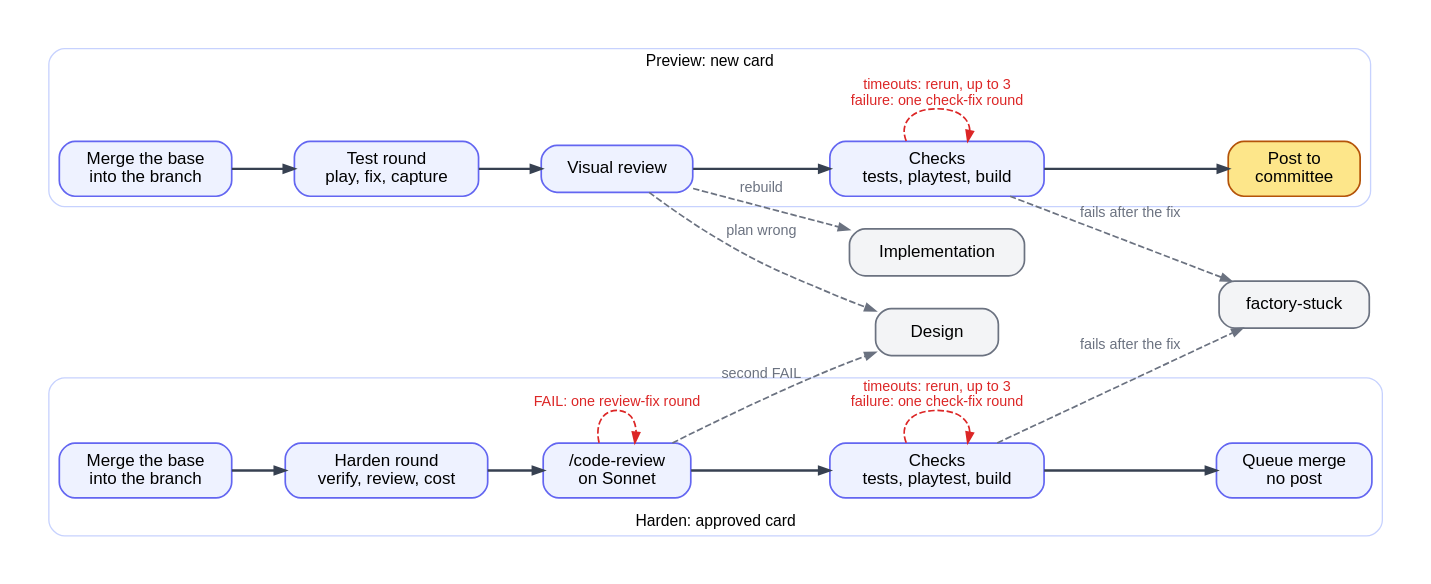
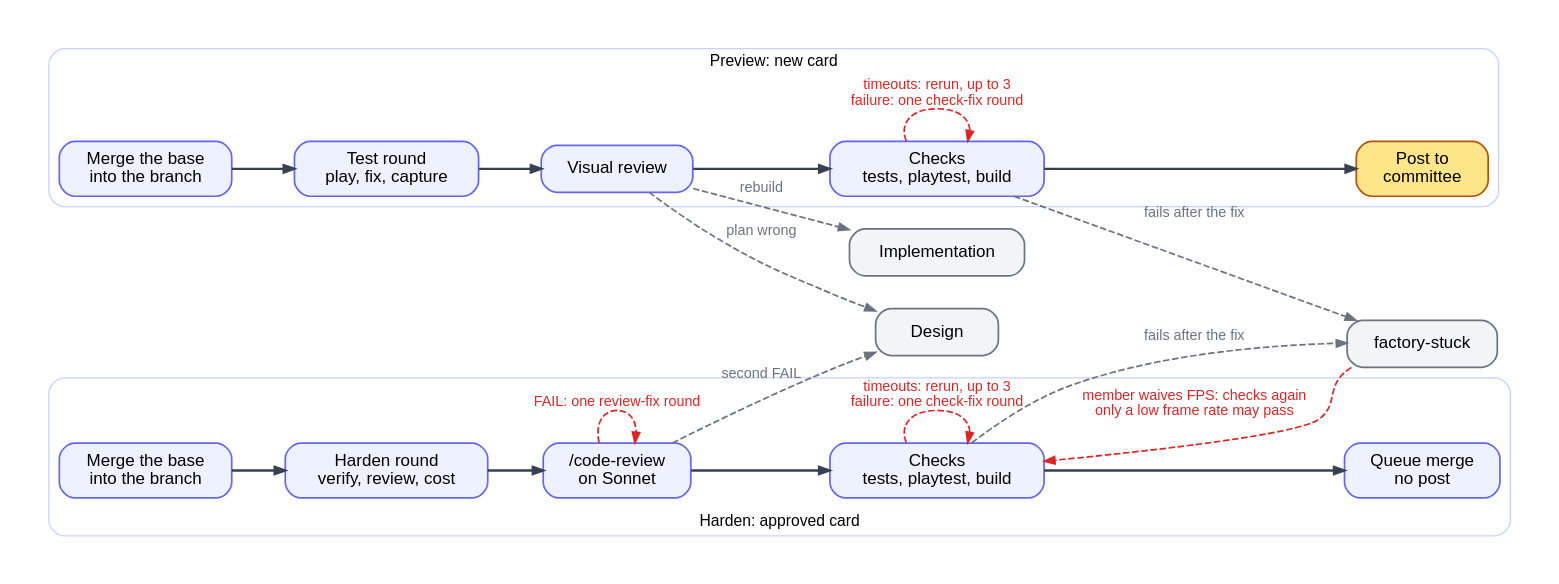
One commit to btseytlin/road-machiners changed the diagram in factory/docs/diagrams/testing.dot. Above: the diagram before and after it, drawn with Graphviz. The commit also changed 5 other files, not shown here.

```diff
--- a/factory/docs/diagrams/testing.dot
+++ b/factory/docs/diagrams/testing.dot
@@ -1,31 +1,32 @@
 // Testing column. Two lines: preview before the committee plays, harden after it approves. Red: loops back. Grey: leaves Testing.
 digraph testing {
   rankdir=LR; nodesep=0.35; ranksep=0.55; bgcolor=white; pad=0.3;
   node [shape=box, style="rounded,filled", fillcolor="#eef2ff", color="#6366f1", fontname="Helvetica", fontsize=13, margin="0.2,0.1", penwidth=1.3, width=1.3];
   edge [color="#374151", penwidth=1.8, arrowsize=0.8, fontname="Helvetica", fontsize=11];
   subgraph cluster_preview {
     label="Preview: new card"; fontname="Helvetica"; fontsize=12; color="#c7d2fe"; style=rounded;
     PM [label="Merge the base\ninto the branch"]; PT [label="Test round\nplay, fix, capture"]; PV [label="Visual review"];
     PC [label="Checks\ntests, playtest, build"]; PP [label="Post to\ncommittee", fillcolor="#fde68a", color="#b45309"];
     PM -> PT -> PV -> PC -> PP [weight=100];
   }
   subgraph cluster_harden {
     label="Harden: approved card"; labelloc=b; fontname="Helvetica"; fontsize=12; color="#c7d2fe"; style=rounded;
     HM [label="Merge the base\ninto the branch"]; HH [label="Harden round\nverify, review, cost"]; HR [label="/code-review\non Sonnet"];
     HC [label="Checks\ntests, playtest, build"]; HQ [label="Queue merge\nno post"];
     HM -> HH -> HR -> HC -> HQ [weight=100];
   }
   XI [label="Implementation", fillcolor="#f3f4f6", color="#6b7280"];
   XD [label="Design", fillcolor="#f3f4f6", color="#6b7280"];
   XS [label="factory-stuck", fillcolor="#f3f4f6", color="#6b7280"];
   edge [color="#dc2626", fontcolor="#dc2626", style=dashed, penwidth=1.3];
   PC -> PC [label="timeouts: rerun, up to 3\nfailure: one check-fix round"];
   HC -> HC [label="timeouts: rerun, up to 3\nfailure: one check-fix round"];
   HR -> HR [label="FAIL: one review-fix round"];
+  XS -> HC [label="member waives FPS: checks again\nonly a low frame rate may pass"];
   edge [color="#6b7280", fontcolor="#6b7280"];
   PV -> XI [label="rebuild"];
   PV -> XD [label="plan wrong"];
   HR -> XD [label="second FAIL"];
   PC -> XS [label="fails after the fix"];
   HC -> XS [label="fails after the fix"];
 }
```
